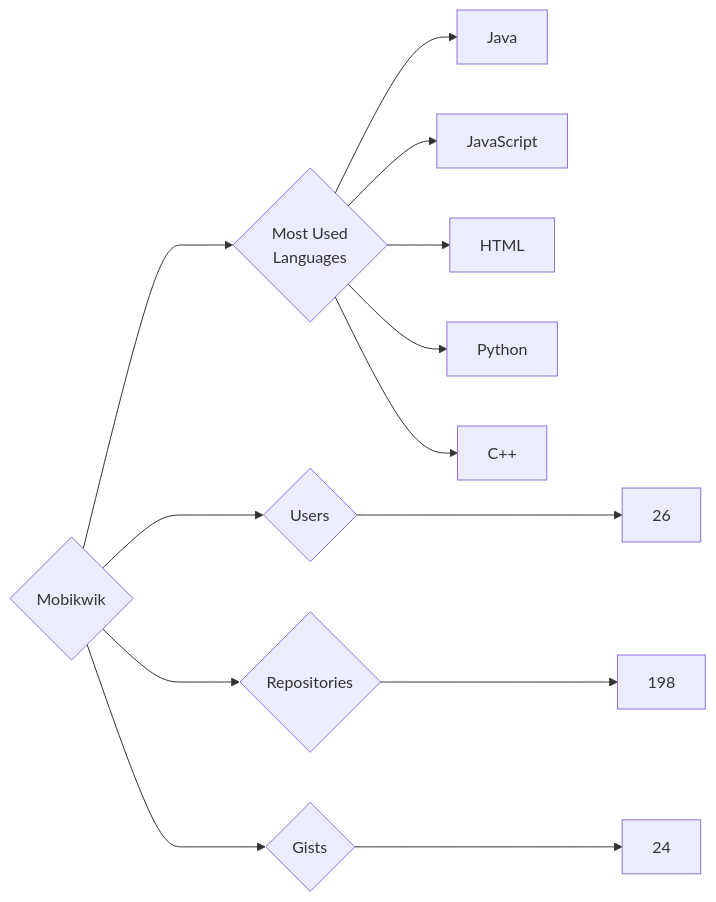
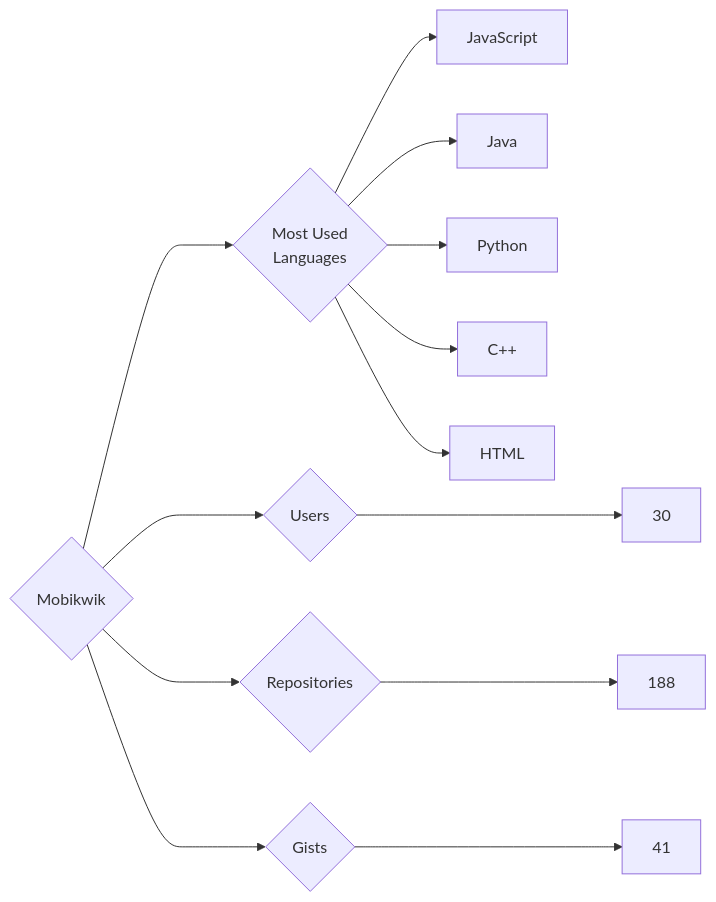
The diagram in targets/Mobikwik/README.md (trickest/insiders), drawn with Mermaid before and after one commit. The commit also changed 920 other files, not shown here.

````diff
--- a/targets/Mobikwik/README.md
+++ b/targets/Mobikwik/README.md
@@ -3,13 +3,13 @@
 ```mermaid
 graph LR
 COMPANY_NAME{Mobikwik}
-COMPANY_NAME ---> U{Users} ---> UN[26]
-COMPANY_NAME ---> R{Repositories} ---> RN[198]
-COMPANY_NAME ---> G{Gists} ---> GN[24]
+COMPANY_NAME ---> U{Users} ---> UN[30]
+COMPANY_NAME ---> R{Repositories} ---> RN[188]
+COMPANY_NAME ---> G{Gists} ---> GN[41]
 COMPANY_NAME ---> ML{Most Used<br>Languages}
+ML --> JavaScript[JavaScript]
 ML --> Java[Java]
-ML --> JavaScript[JavaScript]
-ML --> HTML[HTML]
 ML --> Python[Python]
 ML --> C++[C++]
+ML --> HTML[HTML]
 ```
````
